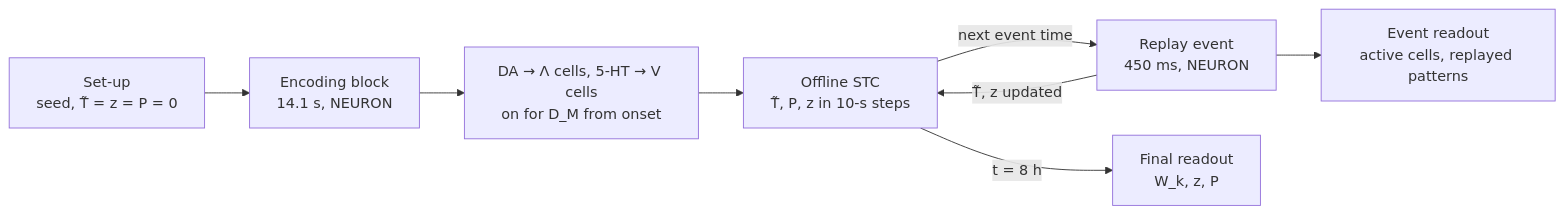
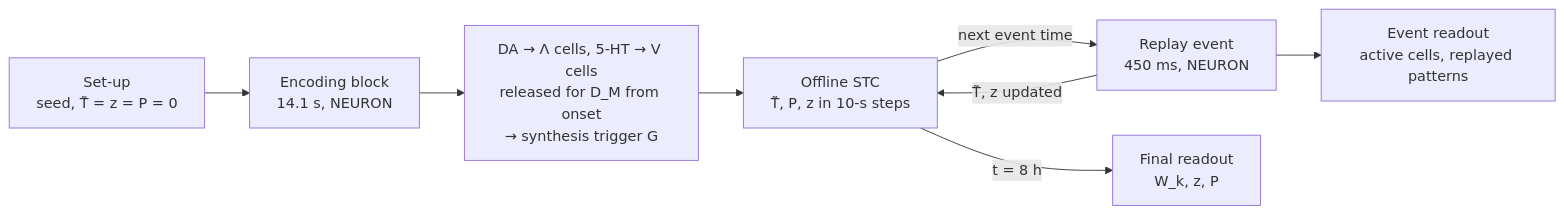
The diagram in docs/PROTOCOL.md (max-talanov/tinyCA3), drawn with Mermaid before and after one commit. The commit also changed other lines of this file and 32 other files, not shown here.

First line of the commit message:
Synthesis trigger: 10-min DA/5-HT release reproduces the 60-min results (report 2026-11-24)

````diff
--- a/docs/PROTOCOL.md
+++ b/docs/PROTOCOL.md
@@ -36,10 +38,10 @@
 ```mermaid
 flowchart LR
     S[Set-up<br/>seed, T̃ = z = P = 0] --> E[Encoding block<br/>14.1 s, NEURON]
-    E --> M[DA → Λ cells, 5-HT → V cells<br/>on for D_M from onset]
+    E --> M[DA → Λ cells, 5-HT → V cells<br/>released for D_M from onset<br/>→ synthesis trigger G]
     M --> O[Offline STC<br/>T̃, P, z in 10-s steps]
     O -->|next event time| R[Replay event<br/>450 ms, NEURON]
     R -->|T̃, z updated| O
     R --> RO[Event readout<br/>active cells, replayed patterns]
     O -->|t = 8 h| F[Final readout<br/>W_k, z, P]
 ```
````
